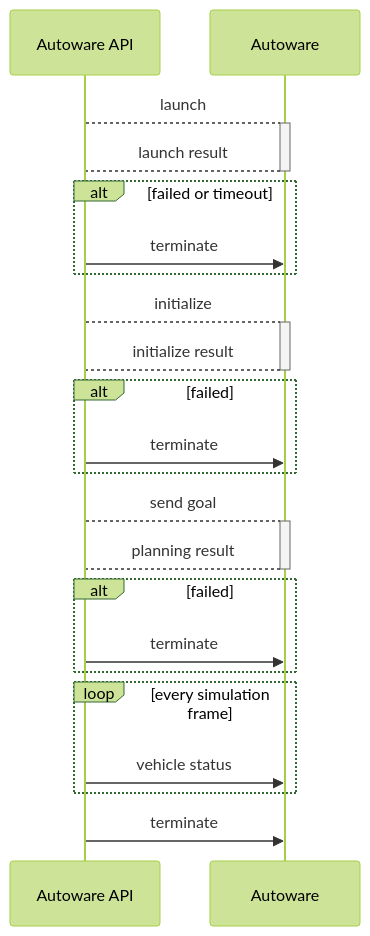
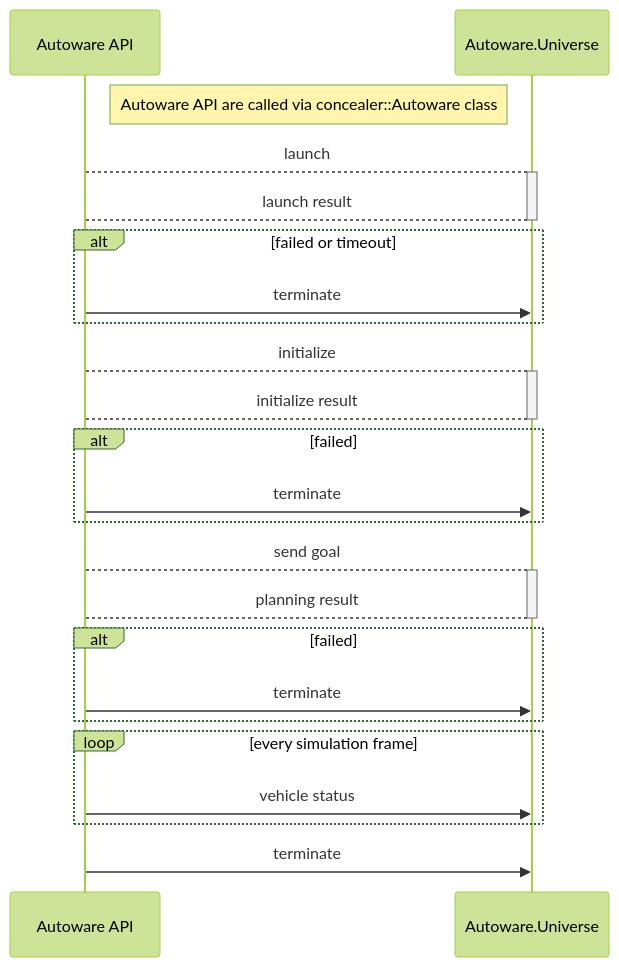
One commit to tier4/scenario_simulator_v2 changed the diagram in docs/developer_guide/AutowareAPI.md. Above: the diagram before and after it, drawn with Mermaid (forest theme). The commit also changed other lines of this file, not shown here.

````diff
--- a/docs/developer_guide/AutowareAPI.md
+++ b/docs/developer_guide/AutowareAPI.md
@@ -9,29 +17,31 @@
 ```mermaid
 sequenceDiagram
-    participant Autoware API
-    participant Autoware
 
-Autoware API -->+ Autoware : launch
-Autoware -->- Autoware API : launch result
+Note right of Autoware API: Autoware API are called via concealer::Autoware class
+participant Autoware API
+participant Autoware.Universe
+
+Autoware API -->+ Autoware.Universe : launch
+Autoware.Universe -->- Autoware API : launch result
 alt failed or timeout
-    Autoware API ->> Autoware : terminate
+    Autoware API ->> Autoware.Universe : terminate
 end
 
-Autoware API -->+ Autoware : initialize
-Autoware -->- Autoware API : initialize result
+Autoware API -->+ Autoware.Universe : initialize
+Autoware.Universe -->- Autoware API : initialize result
 alt failed
-    Autoware API ->> Autoware : terminate
+    Autoware API ->> Autoware.Universe : terminate
 end
 
-Autoware API -->+ Autoware : send goal
-Autoware -->- Autoware API : planning result
+Autoware API -->+ Autoware.Universe : send goal
+Autoware.Universe -->- Autoware API : planning result
 alt failed
-    Autoware API ->> Autoware : terminate
+    Autoware API ->> Autoware.Universe : terminate
 end
 
 loop every simulation frame
-    Autoware API ->> Autoware : vehicle status
+    Autoware API ->> Autoware.Universe : vehicle status
 end
 
-Autoware API ->> Autoware : terminate
+Autoware API ->> Autoware.Universe : terminate
 ```
````
